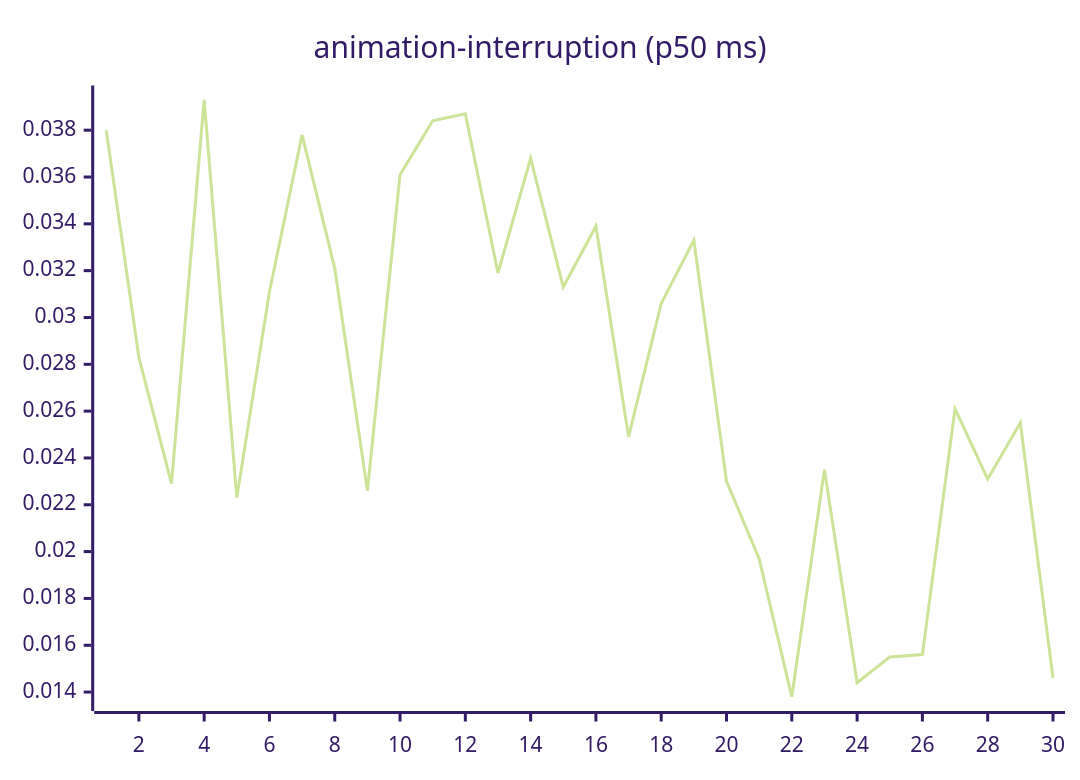
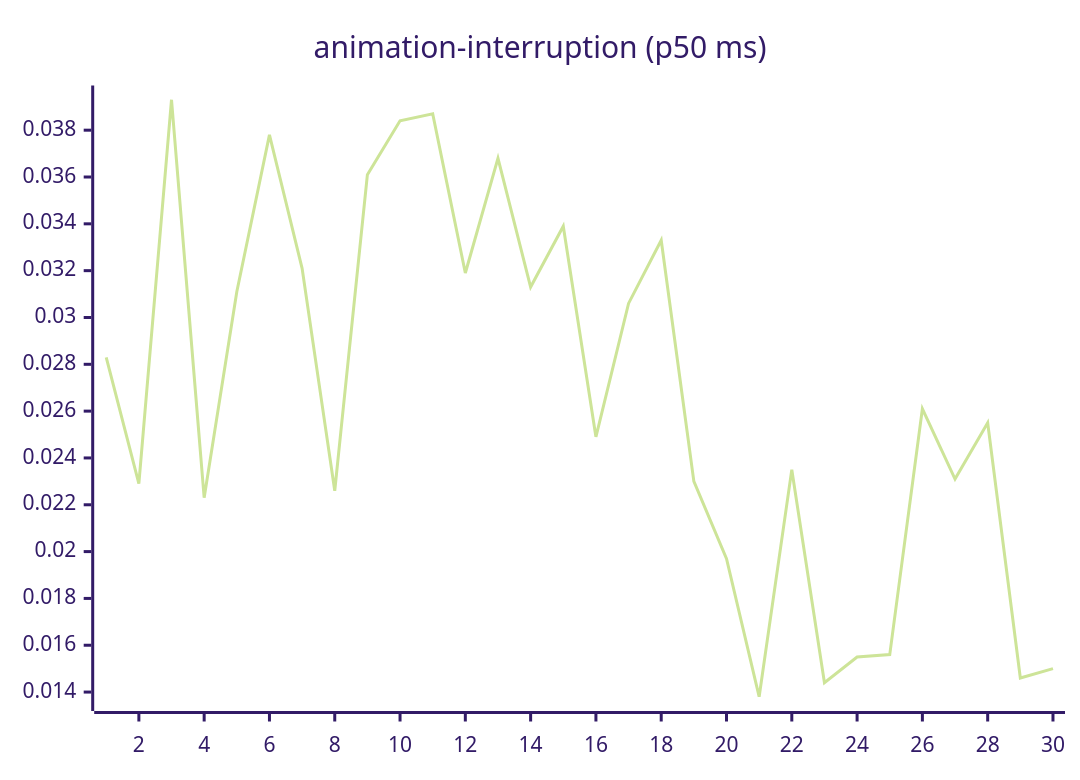
The third of 27 diagrams in README.md (josha/Facet), drawn with Mermaid (forest theme) before and after one commit. The commit also changed other lines of this file and 2 other files, not shown here.

````diff
--- a/README.md
+++ b/README.md
@@ -77,6 +77,6 @@
 ```mermaid
 xychart-beta
     title "animation-interruption (p50 ms)"
     x-axis 1 --> 30
-    line [0.0380, 0.0283, 0.0229, 0.0393, 0.0223, 0.0311, 0.0378, 0.0321, 0.0226, 0.0361, 0.0384, 0.0387, 0.0319, 0.0368, 0.0313, 0.0339, 0.0249, 0.0306, 0.0333, 0.0230, 0.0197, 0.0138, 0.0235, 0.0144, 0.0155, 0.0156, 0.0261, 0.0231, 0.0255, 0.0146]
+    line [0.0283, 0.0229, 0.0393, 0.0223, 0.0311, 0.0378, 0.0321, 0.0226, 0.0361, 0.0384, 0.0387, 0.0319, 0.0368, 0.0313, 0.0339, 0.0249, 0.0306, 0.0333, 0.0230, 0.0197, 0.0138, 0.0235, 0.0144, 0.0155, 0.0156, 0.0261, 0.0231, 0.0255, 0.0146, 0.0150]
 ```
````
